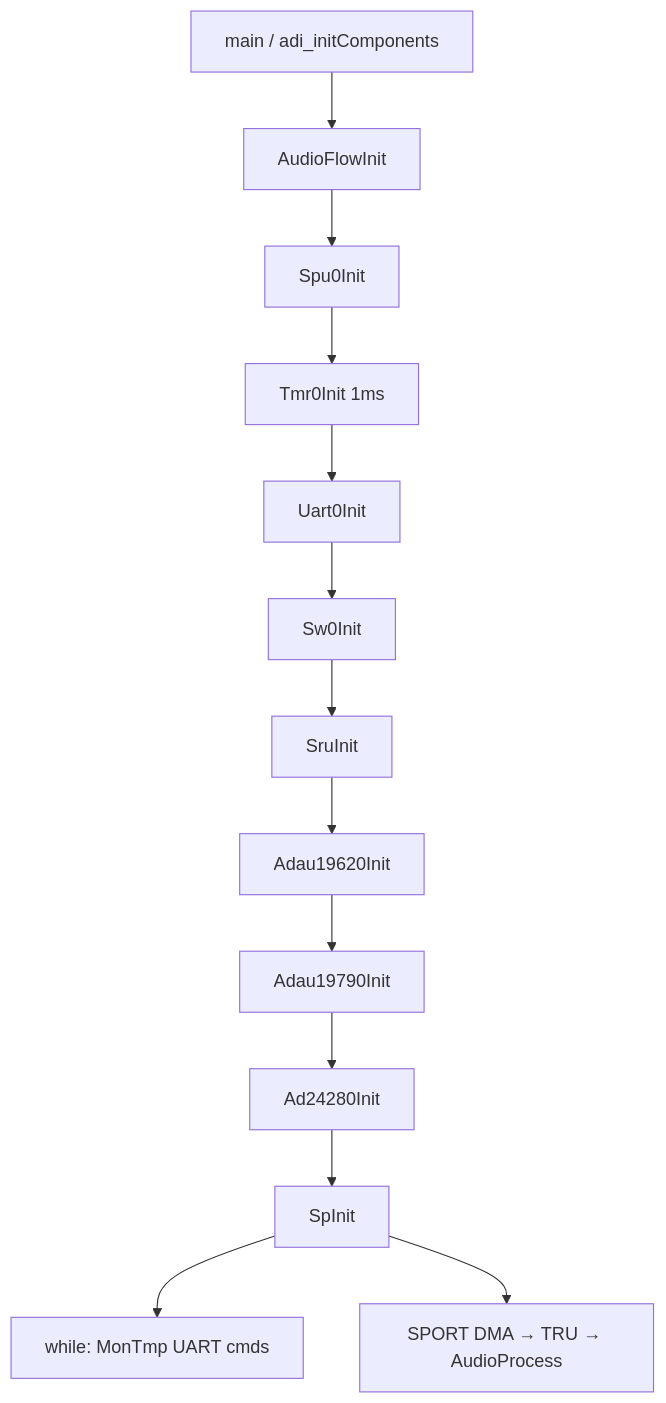
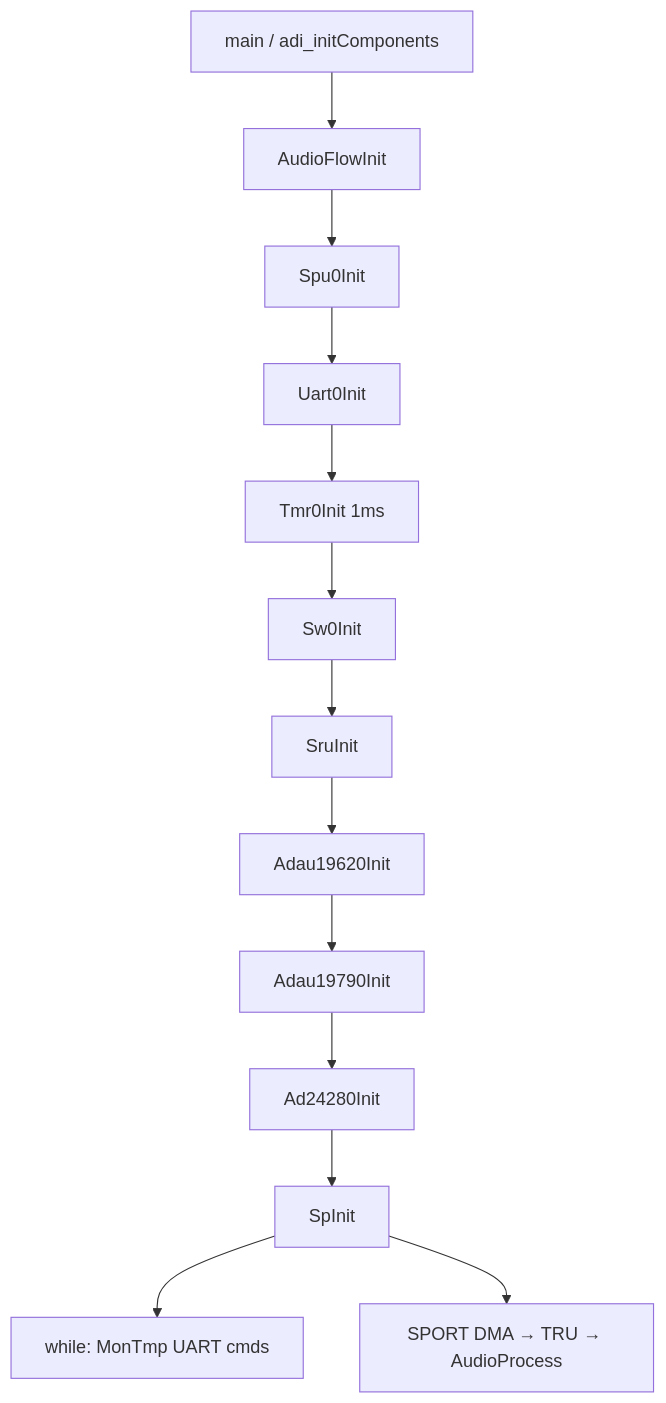
Before and after one commit to liang-nian/adsp21593_framework: the first of 2 diagrams in doc/hardware.md, drawn with Mermaid. The commit also changed other lines of this file and 23 other files, not shown here.

````diff
--- a/doc/hardware.md
+++ b/doc/hardware.md
@@ -34,15 +34,15 @@
 ```mermaid
 flowchart TB
   MAIN[main / adi_initComponents] --> AF[AudioFlowInit]
   AF --> SPU[Spu0Init]
-  SPU --> TMR[Tmr0Init 1ms]
-  TMR --> UART[Uart0Init]
-  UART --> SW[Sw0Init]
+  SPU --> UART[Uart0Init]
+  UART --> TMR[Tmr0Init 1ms]
+  TMR --> SW[Sw0Init]
   SW --> SRU[SruInit]
   SRU --> DACI[Adau19620Init]
   DACI --> ADCI[Adau19790Init]
   ADCI --> A2B[Ad24280Init]
   A2B --> SP[SpInit]
   SP --> LOOP[while: MonTmp UART cmds]
   SP --> ISR[SPORT DMA → TRU → AudioProcess]
 ```
````
